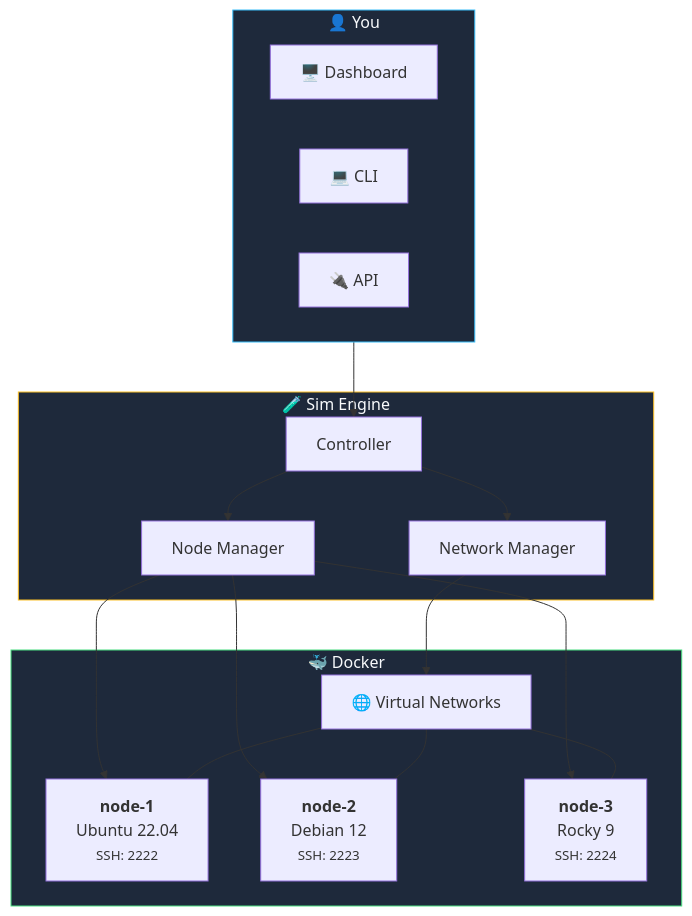
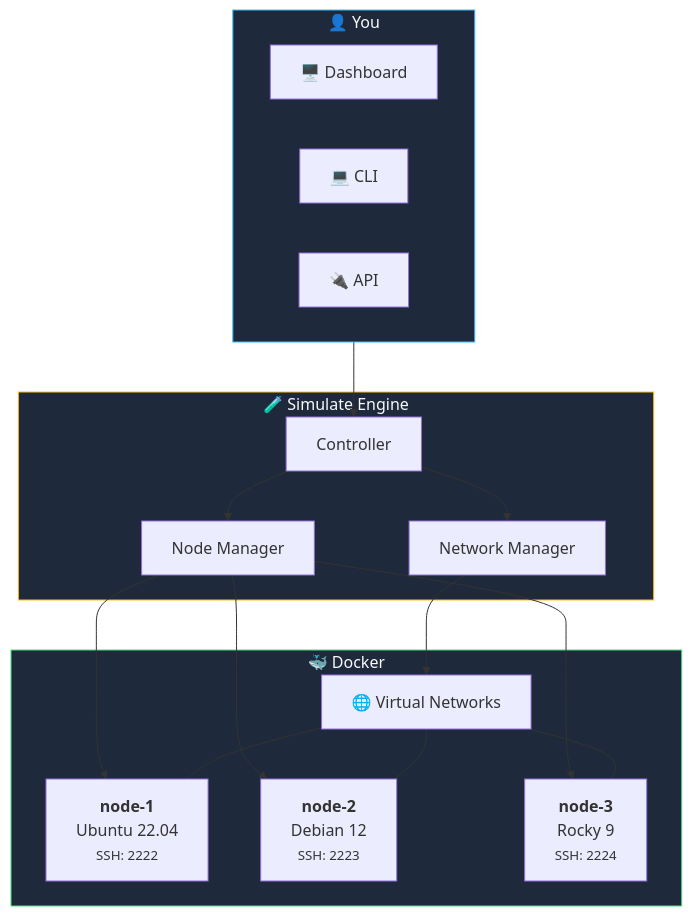
One commit to KombiverseLabs/docs changed the second of 4 diagrams in sim/overview.mdx. Above: the diagram before and after it, drawn with Mermaid. The commit also changed other lines of this file and 57 other files, not shown here.

````diff
--- a/sim/overview.mdx
+++ b/sim/overview.mdx
@@ -74,32 +74,32 @@
 ```mermaid
 flowchart TB
     subgraph You["👤 You"]
         direction LR
         Dashboard["🖥️ Dashboard"]
         CLI["💻 CLI"]
         API["🔌 API"]
     end
     
-    subgraph Sim["🧪 Sim Engine"]
+    subgraph Sim["🧪 Simulate Engine"]
         Controller["Controller"]
         NodeMgr["Node Manager"]
         NetMgr["Network Manager"]
     end
     
     subgraph Docker["🐳 Docker"]
         N1["<b>node-1</b><br/>Ubuntu 22.04<br/><small>SSH: 2222</small>"]
         N2["<b>node-2</b><br/>Debian 12<br/><small>SSH: 2223</small>"]
         N3["<b>node-3</b><br/>Rocky 9<br/><small>SSH: 2224</small>"]
         Net["🌐 Virtual Networks"]
     end
     
     You --> Controller
     Controller --> NodeMgr & NetMgr
     NodeMgr --> N1 & N2 & N3
     NetMgr --> Net
     Net --- N1 & N2 & N3
     
     style You fill:#1e293b,stroke:#38bdf8,color:#f8fafc
     style Sim fill:#1e293b,stroke:#fbbf24,color:#f8fafc
     style Docker fill:#1e293b,stroke:#4ade80,color:#f8fafc
 ```
````
